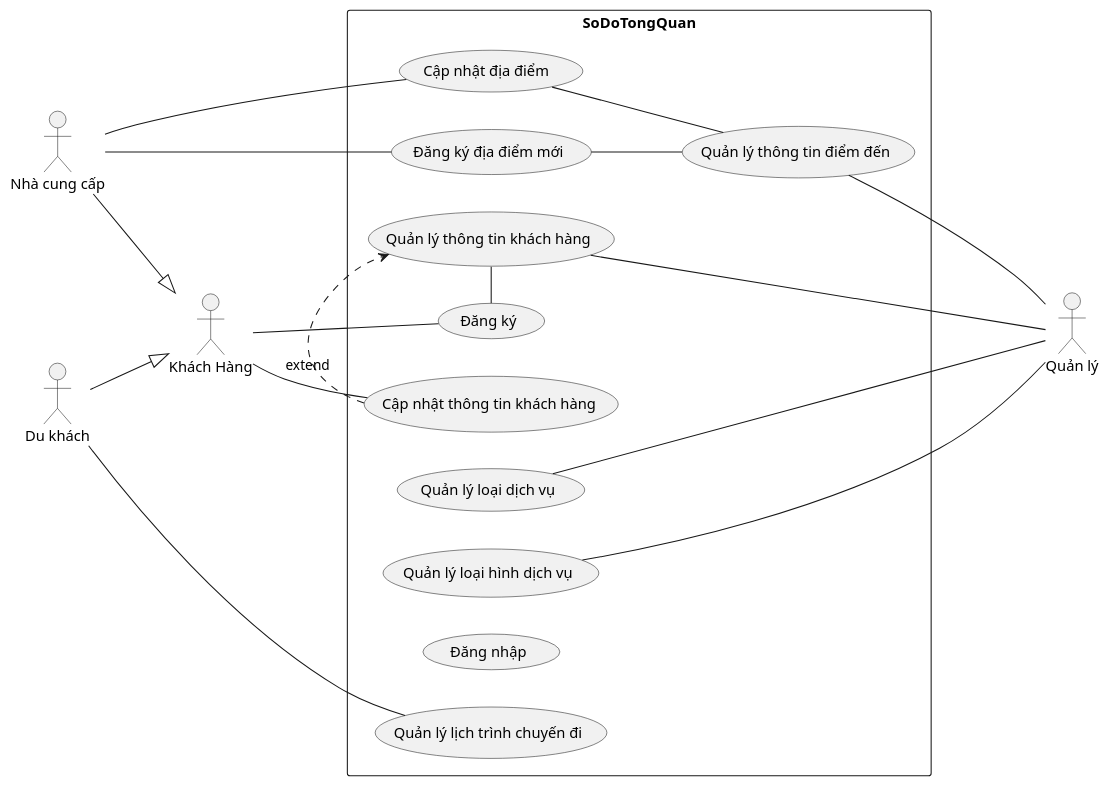
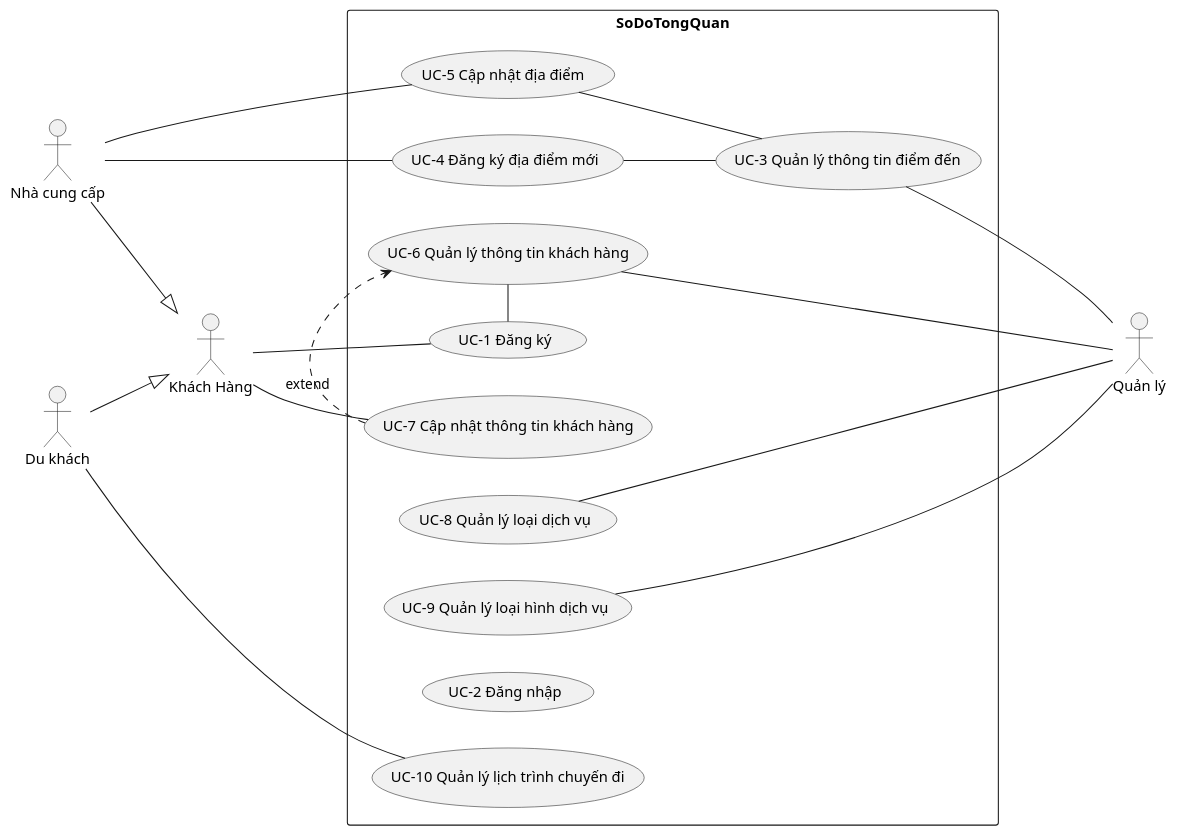
Before and after one commit to TranTan-Dat/LV_DuLichDienTu: the diagram in PlanUML/UseCase.puml, drawn with PlantUML. The commit also changed 1 other file, not shown here.

Commit message:
Cap nhat so do

```diff
--- a/PlanUML/UseCase.puml
+++ b/PlanUML/UseCase.puml
@@ -1,49 +1,48 @@
 @startuml SoDoUC
 left to right direction
 actor "Quản lý" as QL
 actor "Khách Hàng" as KH
 actor "Nhà cung cấp" as NCC
 actor "Du khách" as DKhach
 
 
 rectangle  SoDoTongQuan{
-  usecase "Quản lý loại dịch vụ" as QLLDV
-  usecase "Quản lý loại hình dịch vụ" as QLLHDV
-  usecase "Quản lý thông tin điểm đến" as QLTTDD
+  usecase "UC-8 Quản lý loại dịch vụ" as QLLDV
+  usecase "UC-9 Quản lý loại hình dịch vụ" as QLLHDV
+  usecase "UC-3 Quản lý thông tin điểm đến" as QLTTDD
 
-  usecase "Cập nhật địa điểm " as CapNhat_TTDD
-  usecase "Đăng ký địa điểm mới" as Them_TTDD
-  usecase "Cập nhật thông tin khách hàng" as CapNhat_TTKH
+  usecase "UC-4 Đăng ký địa điểm mới" as Them_TTDD
+  usecase "UC-5 Cập nhật địa điểm " as CapNhat_TTDD
+  usecase "UC-7 Cập nhật thông tin khách hàng" as CapNhat_TTKH
 
-  usecase "Quản lý thông tin khách hàng" as QLTTKH
-  usecase "Đăng ký" as DKy
-  usecase "Đăng nhập" as DNhap
-  usecase "Quản lý lịch trình chuyến đi" as QLCD
-  
+  usecase "UC-6 Quản lý thông tin khách hàng" as QLTTKH
+  usecase "UC-1 Đăng ký" as DKy
+  usecase "UC-2 Đăng nhập" as DNhap
+  usecase "UC-10 Quản lý lịch trình chuyến đi" as QLCD
 }
 CapNhat_TTDD -- QLTTDD
 Them_TTDD -- QLTTDD
 QLTTKH - DKy
 CapNhat_TTKH .> QLTTKH : extend
 
 KH -- CapNhat_TTKH
 KH -- DKy
 
 QLTTDD - QL
 QLLHDV ---- QL
 QLTTKH - QL
 QLLDV -- QL
 
 
 
 NCC --|> KH
 
 DKhach --|> KH
 
 NCC - CapNhat_TTDD
 NCC - Them_TTDD
 
 
 DKhach -- QLCD
 
 @enduml
```
